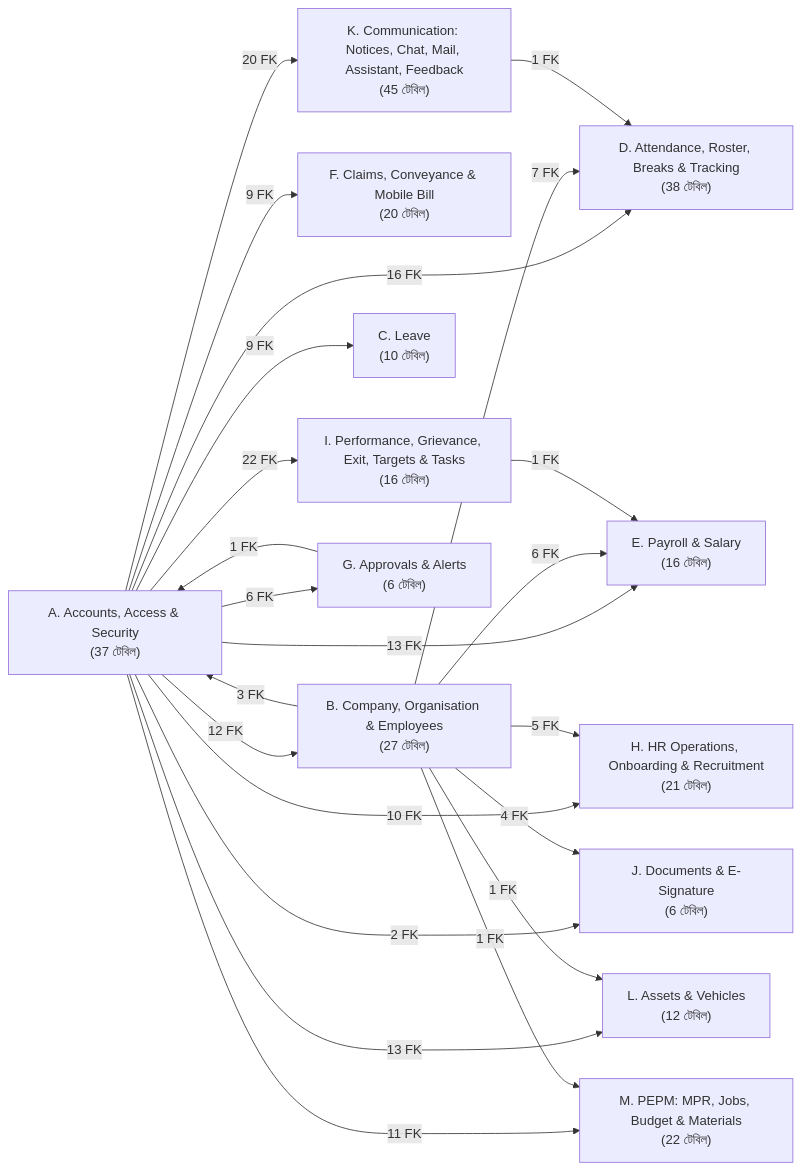
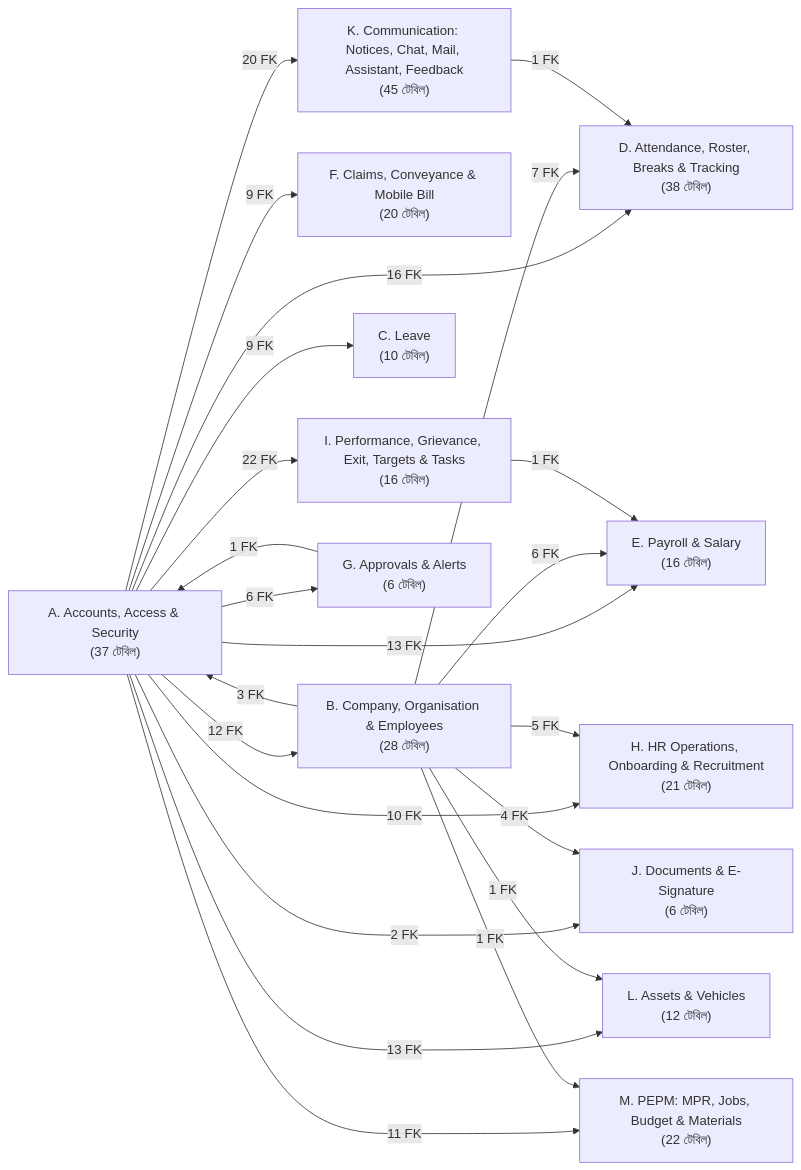
The diagram in docs/architecture/database/diagrams/00-module-map.mmd (ruhulamencredence/CredenceHR), drawn with Mermaid before and after one commit. The commit also changed 19 other files, not shown here.

Commit message:
docs: auto-sync architecture docs with 74c6eb6

```diff
--- a/docs/architecture/database/diagrams/00-module-map.mmd
+++ b/docs/architecture/database/diagrams/00-module-map.mmd
@@ -1,36 +1,36 @@
 flowchart LR
   K["K. Communication: Notices, Chat, Mail, Assistant, Feedback<br/>(45 টেবিল)"]
   H["H. HR Operations, Onboarding & Recruitment<br/>(21 টেবিল)"]
   D["D. Attendance, Roster, Breaks & Tracking<br/>(38 টেবিল)"]
   A["A. Accounts, Access & Security<br/>(37 টেবিল)"]
   M["M. PEPM: MPR, Jobs, Budget & Materials<br/>(22 টেবিল)"]
   F["F. Claims, Conveyance & Mobile Bill<br/>(20 টেবিল)"]
-  B["B. Company, Organisation & Employees<br/>(27 টেবিল)"]
+  B["B. Company, Organisation & Employees<br/>(28 টেবিল)"]
   C["C. Leave<br/>(10 টেবিল)"]
   L["L. Assets & Vehicles<br/>(12 টেবিল)"]
   J["J. Documents & E-Signature<br/>(6 টেবিল)"]
   E["E. Payroll & Salary<br/>(16 টেবিল)"]
   I["I. Performance, Grievance, Exit, Targets & Tasks<br/>(16 টেবিল)"]
   G["G. Approvals & Alerts<br/>(6 টেবিল)"]
   A -->|12 FK| B
   A -->|9 FK| C
   A -->|16 FK| D
   A -->|13 FK| E
   A -->|9 FK| F
   A -->|6 FK| G
   A -->|10 FK| H
   A -->|22 FK| I
   A -->|2 FK| J
   A -->|20 FK| K
   A -->|13 FK| L
   A -->|11 FK| M
   B -->|3 FK| A
   B -->|7 FK| D
   B -->|6 FK| E
   B -->|5 FK| H
   B -->|4 FK| J
   B -->|1 FK| L
   B -->|1 FK| M
   G -->|1 FK| A
   I -->|1 FK| E
   K -->|1 FK| D
```
